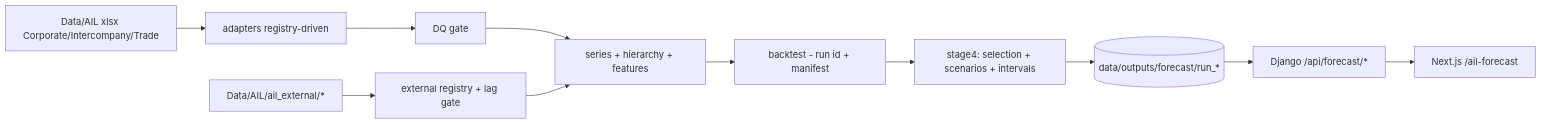
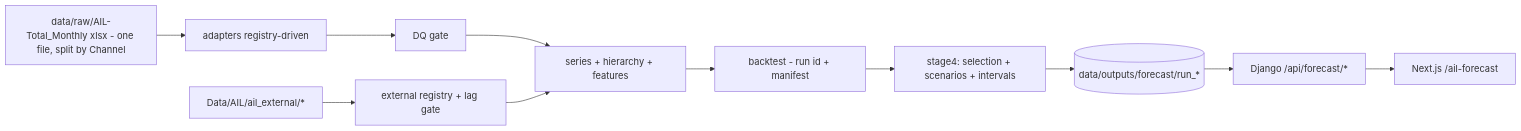
Before and after one commit to OldToxi/ail-demand-forecasting: the diagram in docs/forecasting/README.md, drawn with Mermaid. The commit also changed other lines of this file and 6 other files, not shown here.

First line of the commit message:
feat(forecasting): consolidated AIL source, Intercompany 2023 backfill, external-variable tests, docs refresh

````diff
--- a/docs/forecasting/README.md
+++ b/docs/forecasting/README.md
@@ -9,13 +9,13 @@
 ```mermaid
 flowchart LR
-  A[Data/AIL xlsx Corporate/Intercompany/Trade] --> AD[adapters registry-driven]
+  A[data/raw/AIL-Total_Monthly xlsx - one file, split by Channel] --> AD[adapters registry-driven]
   X[Data/AIL/ail_external/*] --> XR[external registry + lag gate]
   AD --> DQ[DQ gate]
   DQ --> FE[series + hierarchy + features]
   XR --> FE
   FE --> BT[backtest - run id + manifest]
   BT --> S4[stage4: selection + scenarios + intervals]
   S4 --> OUT[(data/outputs/forecast/run_*)]
   OUT --> BE[Django /api/forecast/*]
   BE --> UI[Next.js /ail-forecast]
 ```
````
